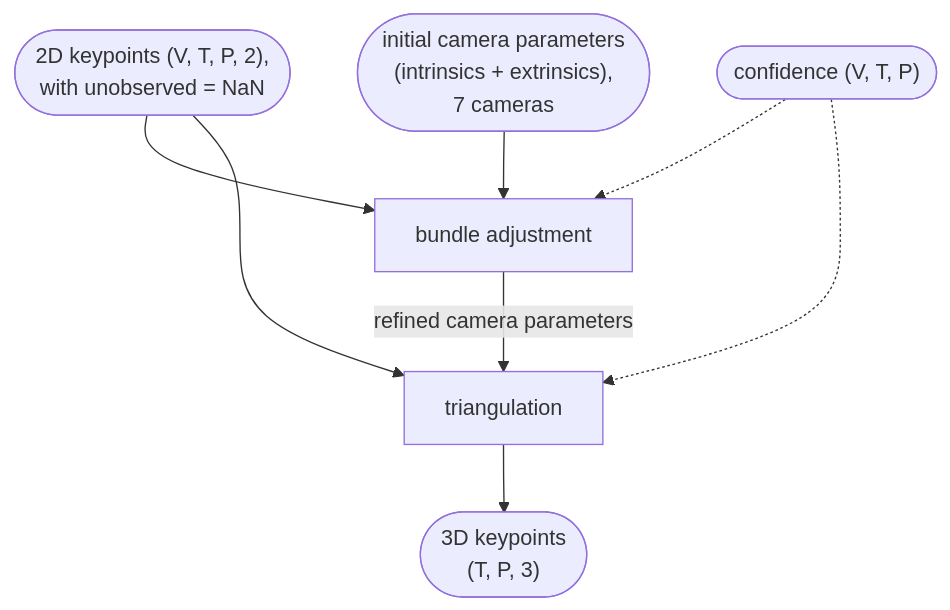
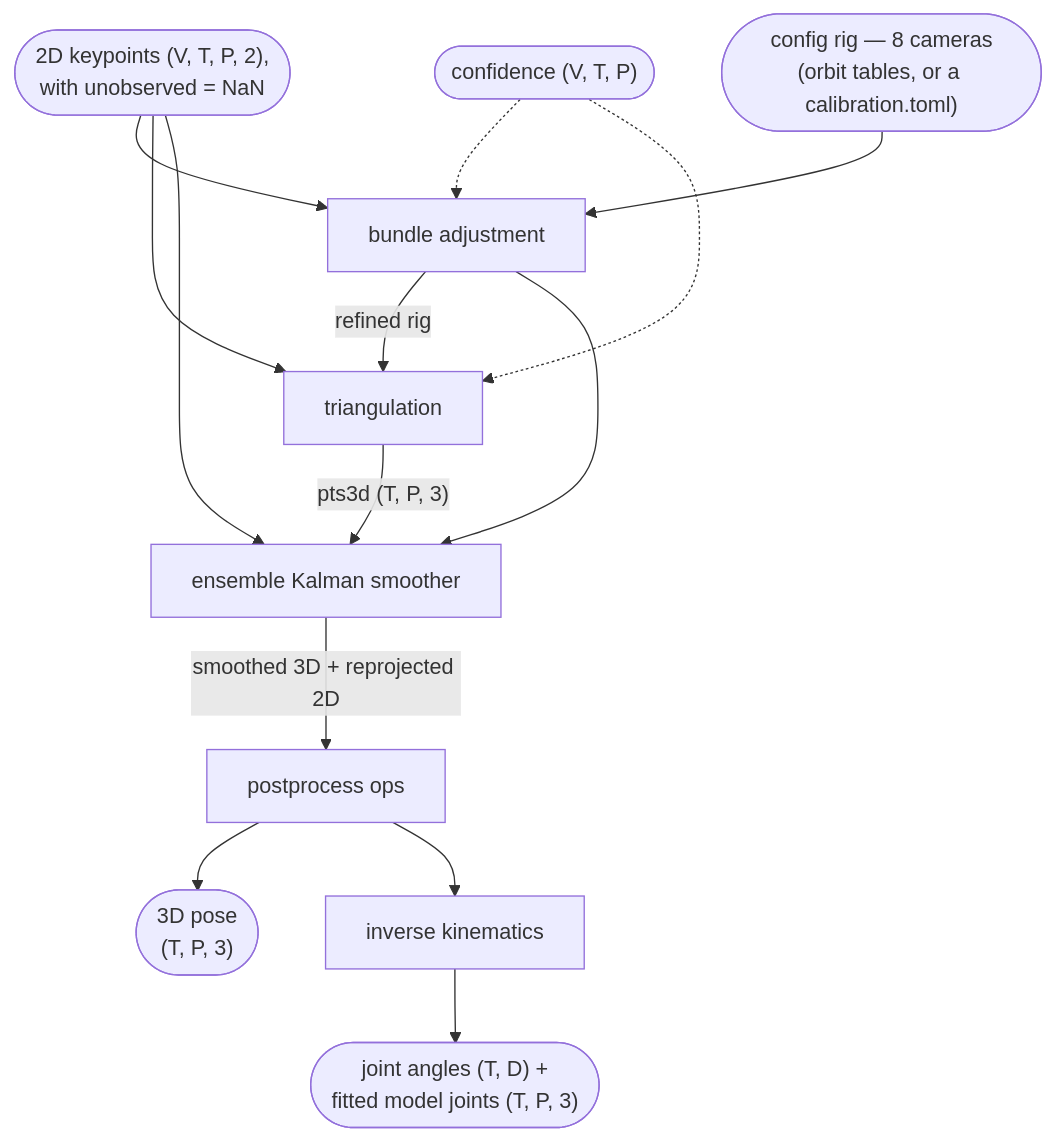
The second of 2 diagrams in docs/explanation/pipeline.md (NeLy-EPFL/deeperfly), drawn with Mermaid before and after one commit. The commit also changed other lines of this file and 17 other files, not shown here.

````diff
--- a/docs/explanation/pipeline.md
+++ b/docs/explanation/pipeline.md
@@ -112,20 +121,29 @@
 ```mermaid
 flowchart TD
   kp2d(["2D keypoints (V, T, P, 2),<br>with unobserved = NaN"])
   conf(["confidence (V, T, P)"])
-  cam0(["initial camera parameters<br>(intrinsics + extrinsics),<br>7 cameras"])
+  cam0(["config rig — 8 cameras<br>(orbit tables, or a calibration.toml)"])
 
   ba["bundle adjustment"]
+  tri["triangulation"]
+  eks["ensemble Kalman smoother"]
+  post["postprocess ops"]
+  ik["inverse kinematics"]
 
   kp2d --> ba
   conf -.-> ba
   cam0 --> ba
 
-  tri["triangulation"]
-
-  ba -->|"refined camera parameters"| tri
+  ba -->|"refined rig"| tri
   kp2d --> tri
   conf -.-> tri
 
-  tri --> res(["3D keypoints<br>(T, P, 3)"])
+  tri -->|"pts3d (T, P, 3)"| eks
+  kp2d --> eks
+  ba --> eks
+
+  eks -->|"smoothed 3D + reprojected 2D"| post
+  post --> res(["3D pose<br>(T, P, 3)"])
+  post --> ik
+  ik --> ang(["joint angles (T, D) +<br>fitted model joints (T, P, 3)"])
 ```
````
